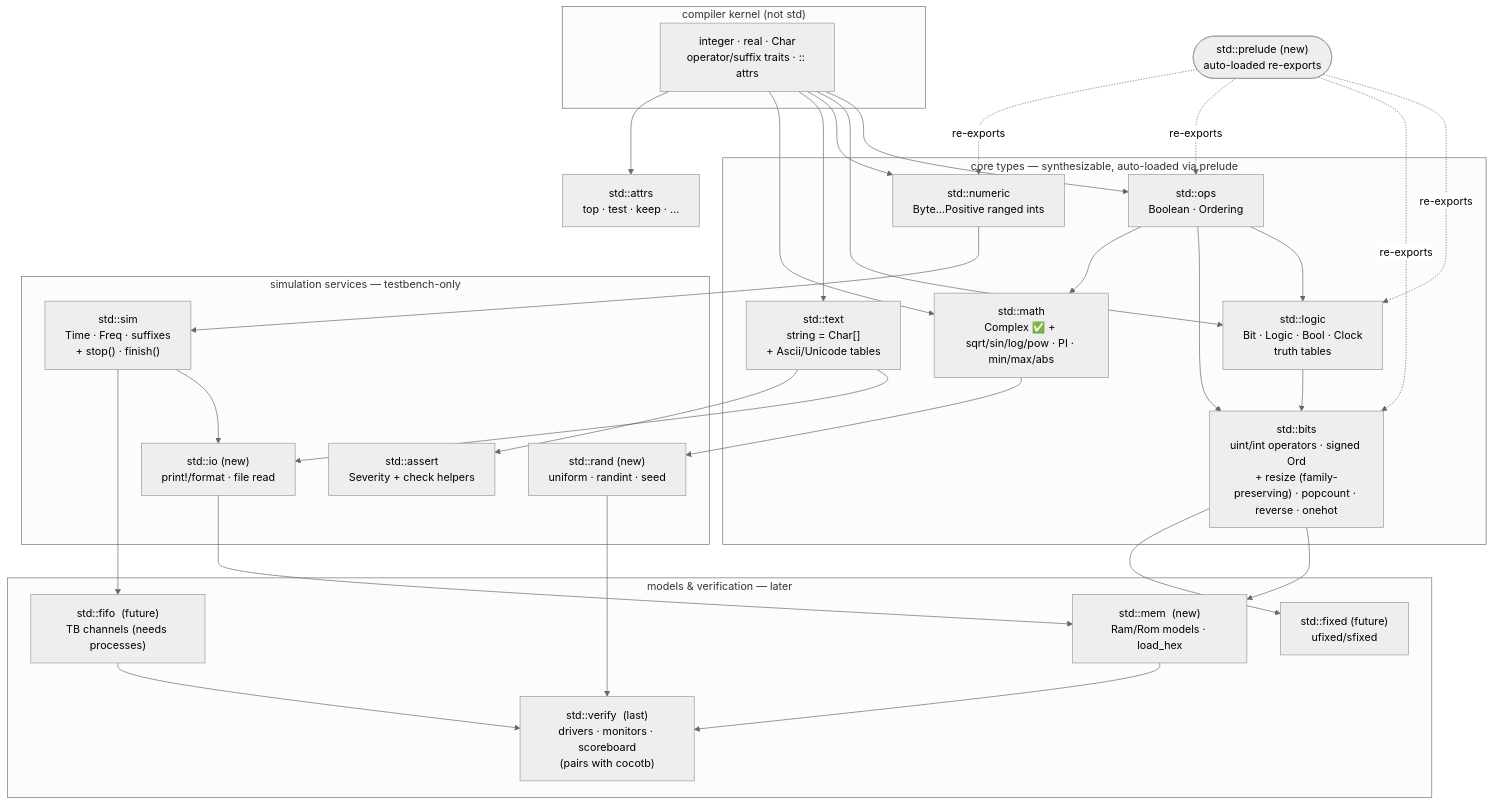
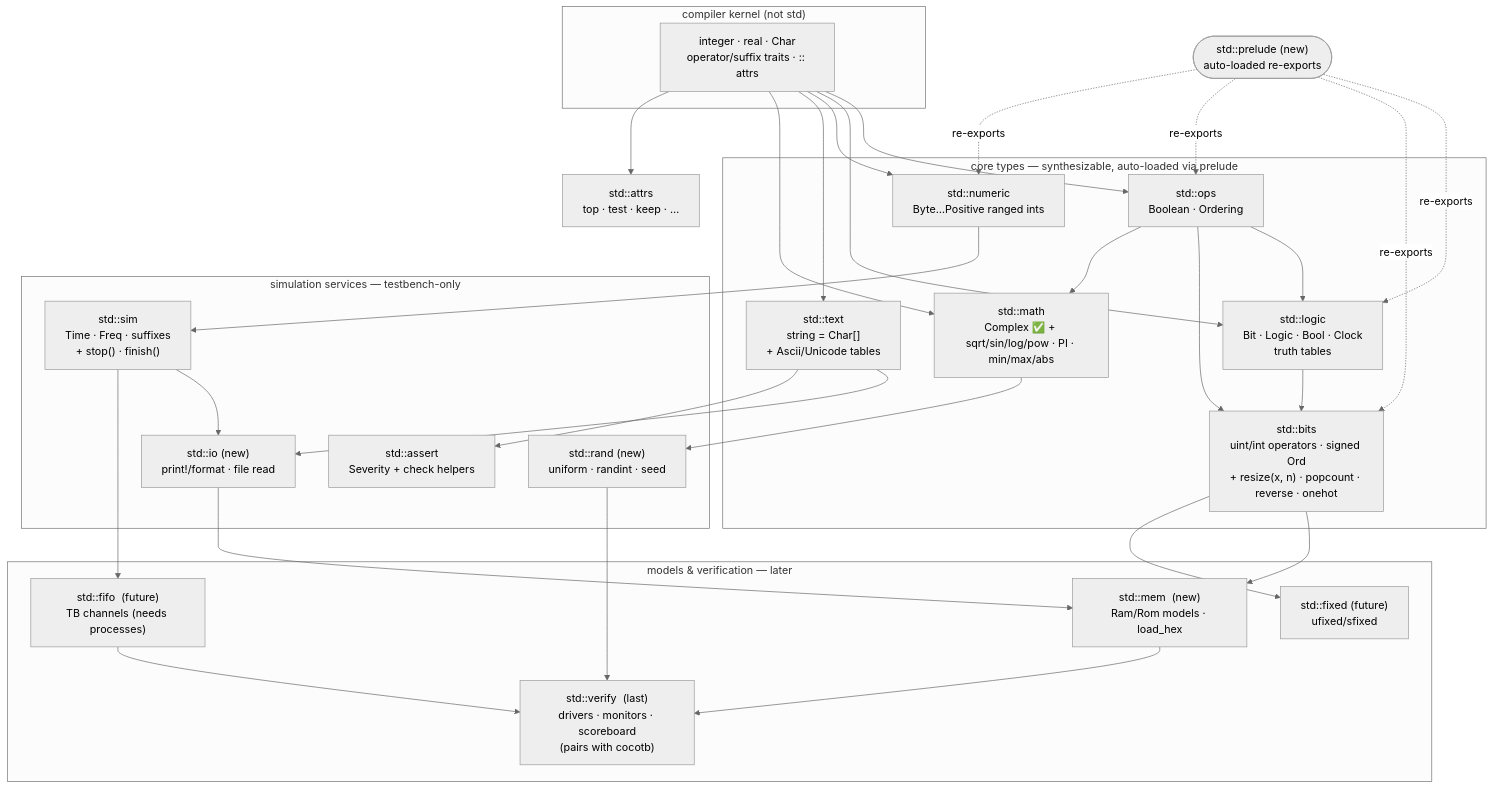
Before and after one commit to Siox-lang/sioxc: the diagram in docs/notes/std-proposal.md, drawn with Mermaid (neutral theme). The commit also changed other lines of this file, not shown here.

First line of the commit message:
docs: resize takes its width as a value arg — resize(x, n)

````diff
--- a/docs/notes/std-proposal.md
+++ b/docs/notes/std-proposal.md
@@ -51,59 +51,59 @@
 ```mermaid
 flowchart TD
     subgraph kernel ["compiler kernel (not std)"]
         K["integer · real · Char\noperator/suffix traits · :: attrs"]
     end
 
     subgraph core ["core types — synthesizable, auto-loaded via prelude"]
         OPS["std::ops\nBoolean · Ordering"]
         LOGIC["std::logic\nBit · Logic · Bool · Clock\ntruth tables"]
-        BITS["std::bits\nuint/int operators · signed Ord\n+ resize (family-preserving) · popcount · reverse · onehot"]
+        BITS["std::bits\nuint/int operators · signed Ord\n+ resize(x, n) · popcount · reverse · onehot"]
         NUM["std::numeric\nByte…Positive ranged ints"]
         TEXT["std::text\nstring = Char[]\n+ Ascii/Unicode tables"]
         MATH["std::math\nComplex ✅ + sqrt/sin/log/pow · PI · min/max/abs"]
     end
 
     subgraph simsvc ["simulation services — testbench-only"]
         SIM["std::sim\nTime · Freq · suffixes\n+ stop() · finish()"]
         IO["std::io  (new)\nprint!/format · file read"]
         RAND["std::rand  (new)\nuniform · randint · seed"]
         ASSERT["std::assert\nSeverity + check helpers"]
     end
 
     subgraph models ["models & verification — later"]
         MEM["std::mem  (new)\nRam/Rom models · load_hex"]
         FIXED["std::fixed  (future)\nufixed/sfixed"]
         FIFO["std::fifo  (future)\nTB channels (needs processes)"]
         VERIFY["std::verify  (last)\ndrivers · monitors · scoreboard\n(pairs with cocotb)"]
     end
 
     ATTRS["std::attrs\ntop · test · keep · …"]
     PRELUDE(["std::prelude  (new)\nauto-loaded re-exports"])
 
     K --> OPS
     K --> LOGIC
     OPS --> LOGIC
     LOGIC --> BITS
     OPS --> BITS
     K --> NUM
     K --> TEXT
     K --> MATH
     OPS --> MATH
     NUM --> SIM
     TEXT --> IO
     SIM --> IO
     MATH --> RAND
     TEXT --> ASSERT
     BITS --> MEM
     IO --> MEM
     BITS --> FIXED
     SIM --> FIFO
     RAND --> VERIFY
     FIFO --> VERIFY
     MEM --> VERIFY
     PRELUDE -.re-exports.-> LOGIC
     PRELUDE -.re-exports.-> BITS
     PRELUDE -.re-exports.-> OPS
     PRELUDE -.re-exports.-> NUM
     K --> ATTRS
 ```
````
